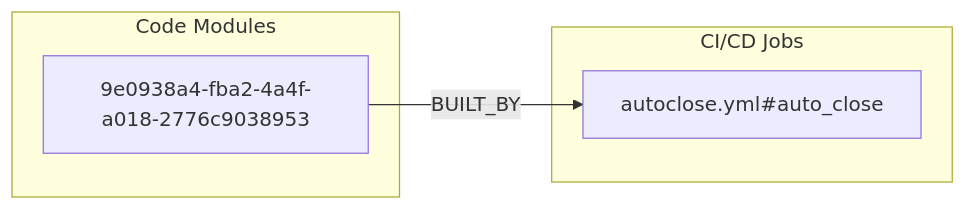
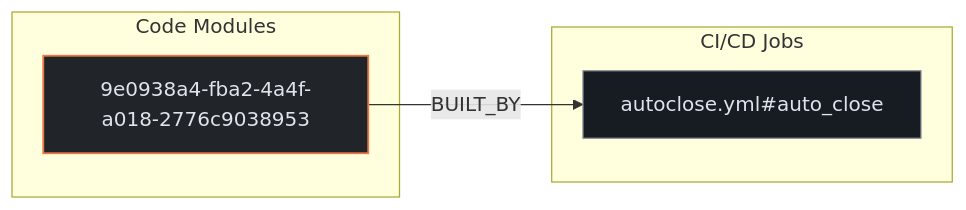
One commit to kumarshaz/atruss-code-atlas changed the second of 3 diagrams in exports/latest/reports/appwrite-sdk-for-go-report.md. Above: the diagram before and after it, drawn with Mermaid. The commit also changed other lines of this file and 331 other files, not shown here.

Commit message:
docs,ui,fix: update SDLC docs, reorder CI/CD DAG first, stylize Mermaid, and fix Arc42 pipeline topology

````diff
--- a/exports/latest/reports/appwrite-sdk-for-go-report.md
+++ b/exports/latest/reports/appwrite-sdk-for-go-report.md
@@ -181,10 +188,14 @@
 ```mermaid
 flowchart LR
+    classDef atlasCategory fill:#212428,stroke:#E87A48,stroke-width:1.5px,color:#dfe3eb
+    classDef atlasWorkflow fill:#1b2026,stroke:#a3c9ff,stroke-width:1.5px,color:#dfe3eb
+    classDef atlasJob fill:#171c22,stroke:#8d9199,stroke-width:1px,color:#dfe3eb
+    classDef atlasTarget fill:#005227,stroke:#8bd99b,stroke-width:1.5px,color:#a7f6b6
     subgraph code_modules["Code Modules"]
-        mod_9e0938a4_fba2_4a4f_a018_2776c9038953["9e0938a4-fba2-4a4f-a018-2776c9038953"]
+        mod_9e0938a4_fba2_4a4f_a018_2776c9038953["9e0938a4-fba2-4a4f-a018-2776c9038953"]:::atlasCategory
     end
     subgraph ci_jobs["CI/CD Jobs"]
-        job_autoclose_yml_auto_close["autoclose.yml#auto_close"]
+        job_autoclose_yml_auto_close["autoclose.yml#auto_close"]:::atlasJob
     end
     mod_9e0938a4_fba2_4a4f_a018_2776c9038953 -->|BUILT_BY| job_autoclose_yml_auto_close
 ```
````
